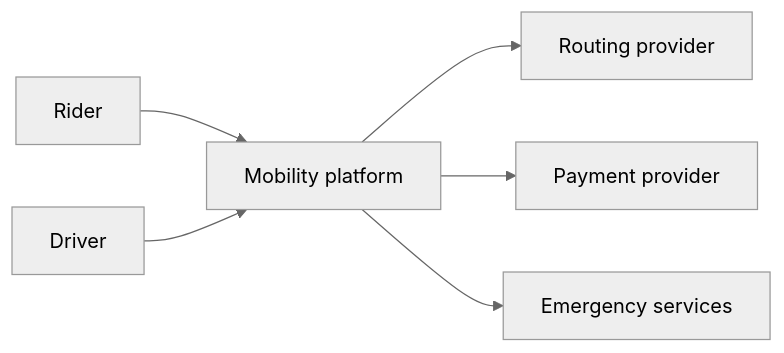
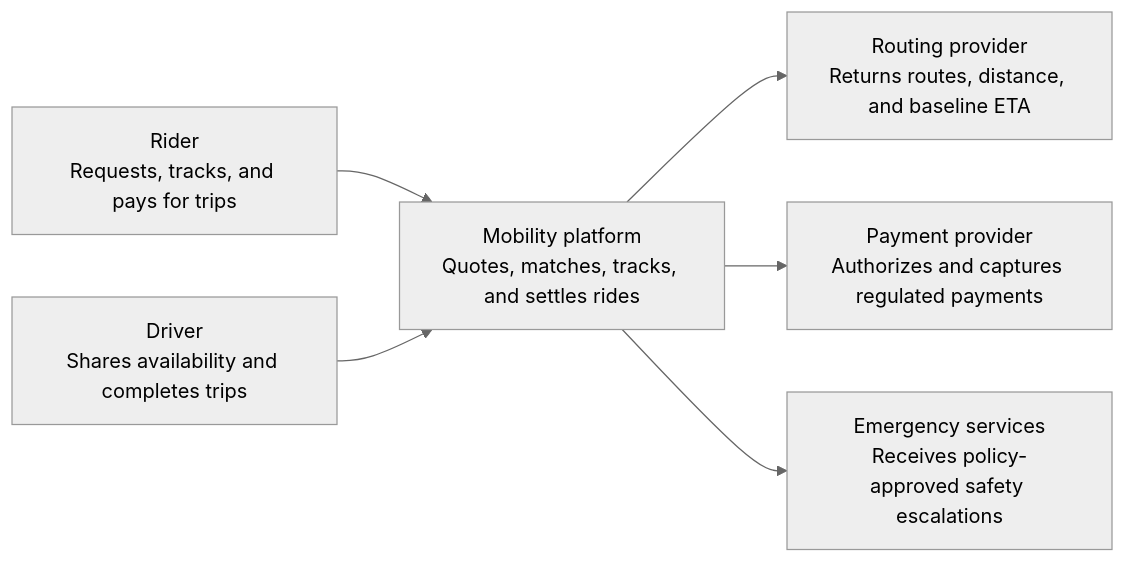
Before and after one commit to navaidya/learning: the first of 5 diagrams in content/system-design/01-ai-native-mobility-marketplace.md, drawn with Mermaid (neutral theme). The commit also changed other lines of this file, not shown here.

Commit message:
content: clarify mobility requirements and diagrams

````diff
--- a/content/system-design/01-ai-native-mobility-marketplace.md
+++ b/content/system-design/01-ai-native-mobility-marketplace.md
@@ -34,10 +58,10 @@
 ```mermaid
 flowchart LR
   accTitle: Mobility marketplace system context
   accDescr: Riders and drivers use the platform, which integrates with routing, payments, and emergency services.
-  Rider --> Platform[Mobility platform]
-  Driver --> Platform
-  Platform --> Maps[Routing provider]
-  Platform --> PSP[Payment provider]
-  Platform --> Emergency[Emergency services]
+  Rider["Rider<br/>Requests, tracks, and pays for trips"] --> Platform["Mobility platform<br/>Quotes, matches, tracks, and settles rides"]
+  Driver["Driver<br/>Shares availability and completes trips"] --> Platform
+  Platform --> Maps["Routing provider<br/>Returns routes, distance, and baseline ETA"]
+  Platform --> PSP["Payment provider<br/>Authorizes and captures regulated payments"]
+  Platform --> Emergency["Emergency services<br/>Receives policy-approved safety escalations"]
 ```
````
